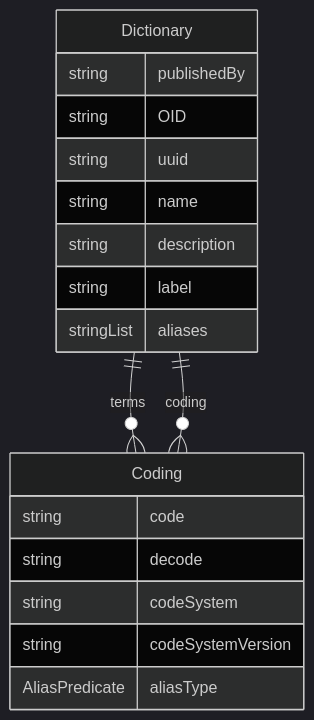
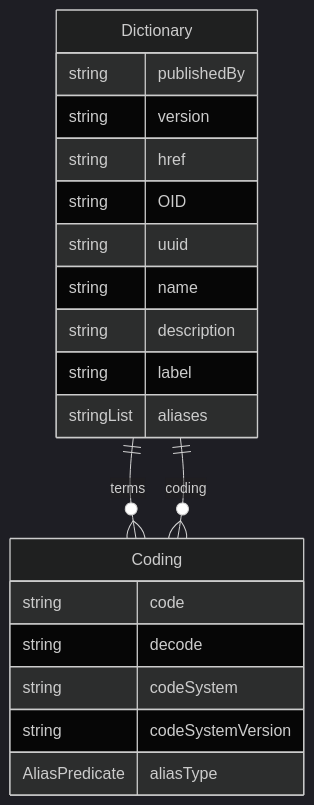
One commit to TeMeta/define-json changed the diagram in docs/classes/Dictionary.md. Above: the diagram before and after it, drawn with Mermaid (dark theme). The commit also changed other lines of this file and 60 other files, not shown here.

````diff
--- a/docs/classes/Dictionary.md
+++ b/docs/classes/Dictionary.md
@@ -16,23 +16,25 @@
 ```mermaid
 erDiagram
 Dictionary {
     string publishedBy  
+    string version  
+    string href  
     string OID  
     string uuid  
     string name  
     string description  
     string label  
     stringList aliases  
 }
 Coding {
     string code  
     string decode  
     string codeSystem  
     string codeSystemVersion  
     AliasPredicate aliasType  
 }
 
 Dictionary ||--}o Coding : "terms"
 Dictionary ||--}o Coding : "coding"
 
 ```
````
